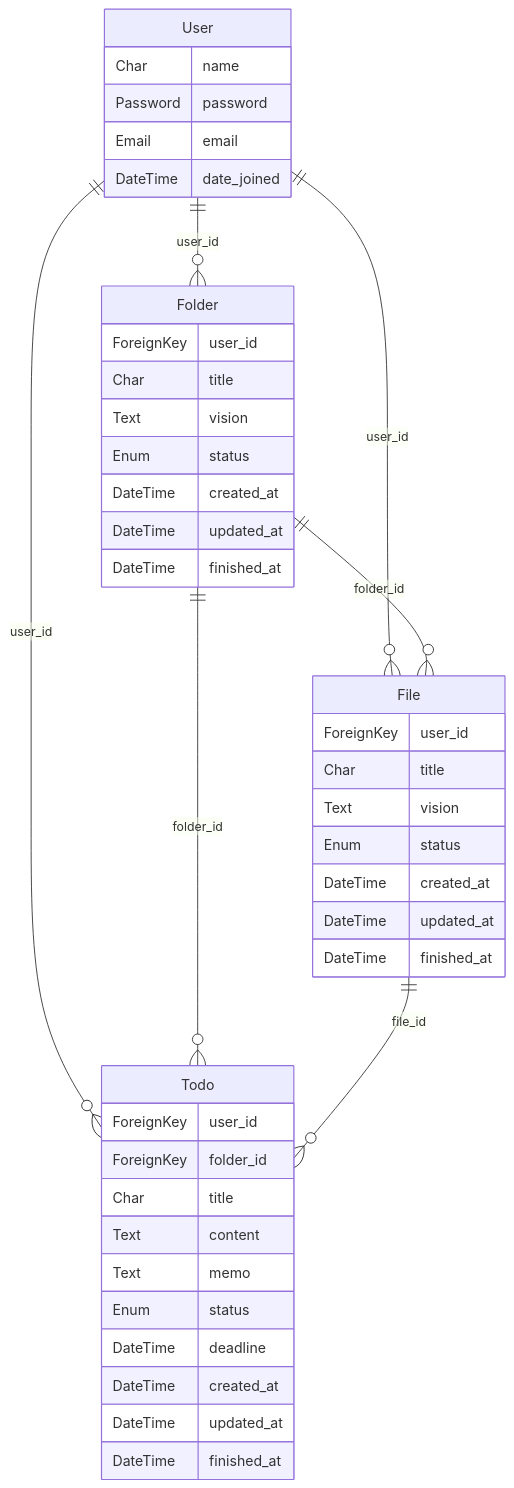
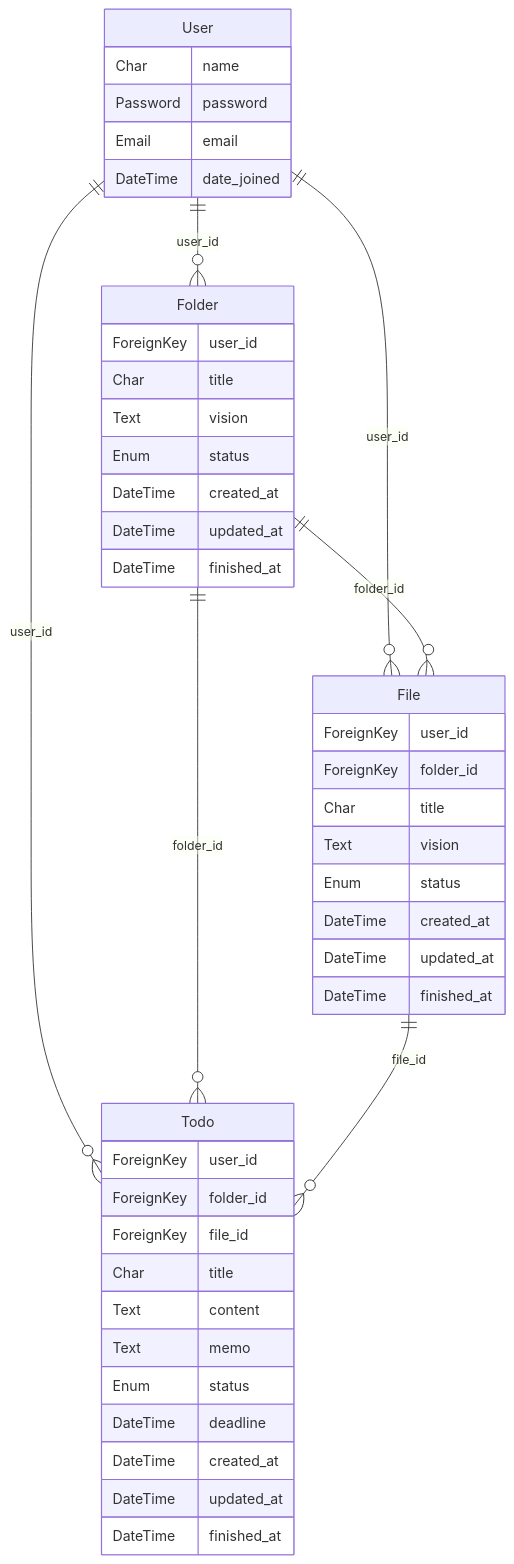
The diagram in backend/README.md (riko-okubo/accomplish), drawn with Mermaid before and after one commit.

Commit message:
ForeignKey追加

````diff
--- a/backend/README.md
+++ b/backend/README.md
@@ -1,51 +1,53 @@
 ```mermaid
 erDiagram
     User ||--o{Folder: "user_id"
 
     User ||--o{File: "user_id"
     Folder ||--o{File: "folder_id"
 
     User ||--o{Todo: "user_id"
     Folder ||--o{Todo: "folder_id"
     File ||--o{Todo: "file_id"
 
     User {
         Char name
         Password password
         Email email
         DateTime date_joined
     }
 
     Folder {
         ForeignKey user_id
         Char title
         Text vision
         Enum status
         DateTime created_at
         DateTime updated_at
         DateTime finished_at
     }
 
     File {
         ForeignKey user_id
+        ForeignKey folder_id
         Char title
         Text vision
         Enum status
         DateTime created_at
         DateTime updated_at
         DateTime finished_at
     }
 
     Todo {
         ForeignKey user_id
         ForeignKey folder_id
+        ForeignKey file_id
         Char title
         Text content
         Text memo
         Enum status
         DateTime deadline
         DateTime created_at
         DateTime updated_at
         DateTime finished_at
     }
 ```
````
